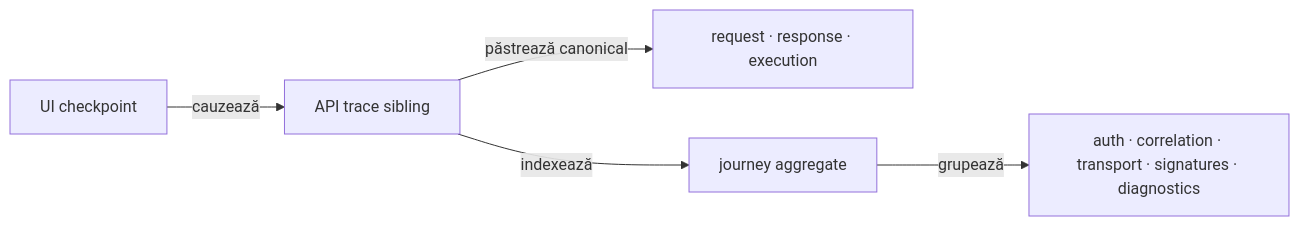
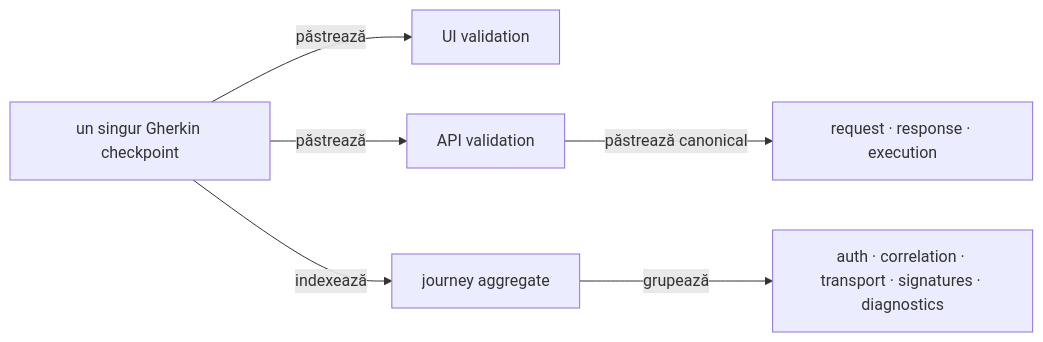
One commit to crististefanita/demo2 changed the third of 5 diagrams in atf-reporting/README.md. Above: the diagram before and after it, drawn with Mermaid. The commit also changed other lines of this file and 65 other files, not shown here.

````diff
--- a/atf-reporting/README.md
+++ b/atf-reporting/README.md
@@ -266,7 +269,8 @@
 ```mermaid
 flowchart LR
-    Checkpoint["UI checkpoint"] -->|cauzează| Trace["API trace sibling"]
-    Trace -->|păstrează canonical| Evidence["request · response · execution"]
-    Trace -->|indexează| Aggregate["journey aggregate"]
+    Checkpoint["un singur Gherkin checkpoint"] -->|păstrează| Ui["UI validation"]
+    Checkpoint -->|păstrează| Api["API validation"]
+    Api -->|păstrează canonical| Evidence["request · response · execution"]
+    Checkpoint -->|indexează| Aggregate["journey aggregate"]
     Aggregate -->|grupează| Facts["auth · correlation · transport · signatures · diagnostics"]
 ```
````
